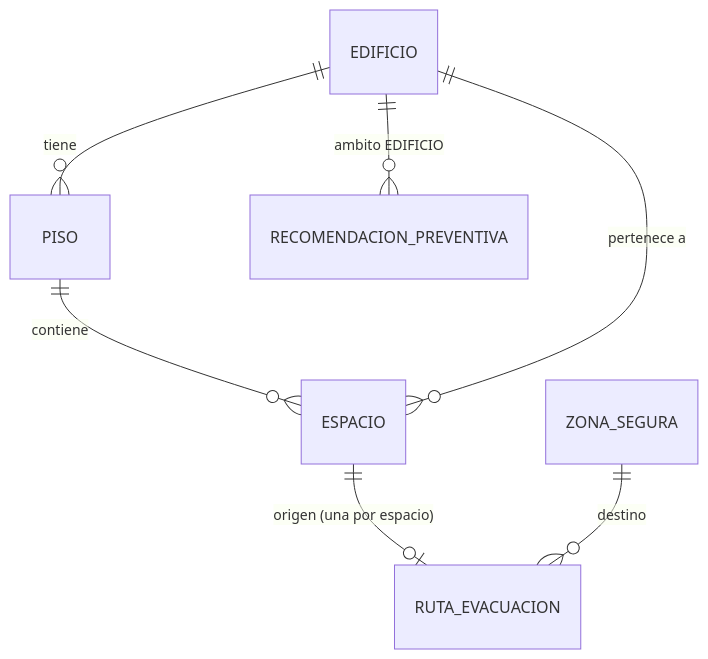
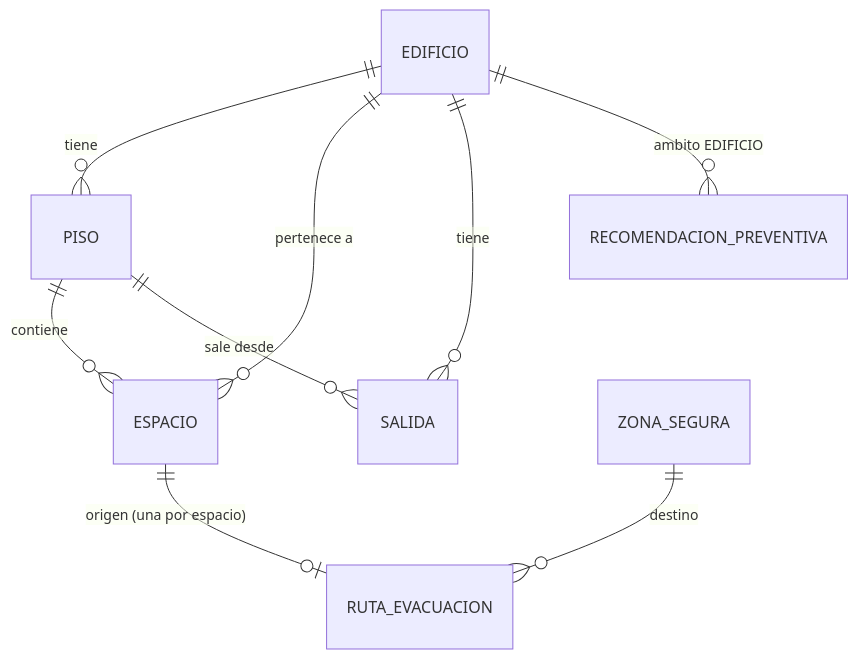
One commit to CampusSeguro-DOSW-2026-2/ms02-campus-and-security changed the first of 2 diagrams in README.md. Above: the diagram before and after it, drawn with Mermaid. The commit also changed other lines of this file and 2 other files, not shown here.

````diff
--- a/README.md
+++ b/README.md
@@ -37,9 +37,11 @@
 ```mermaid
 erDiagram
     EDIFICIO ||--o{ PISO : tiene
     PISO ||--o{ ESPACIO : contiene
     EDIFICIO ||--o{ ESPACIO : "pertenece a"
+    EDIFICIO ||--o{ SALIDA : tiene
+    PISO ||--o{ SALIDA : "sale desde"
     ESPACIO ||--o| RUTA_EVACUACION : "origen (una por espacio)"
     ZONA_SEGURA ||--o{ RUTA_EVACUACION : destino
     EDIFICIO ||--o{ RECOMENDACION_PREVENTIVA : "ambito EDIFICIO"
 ```
````
